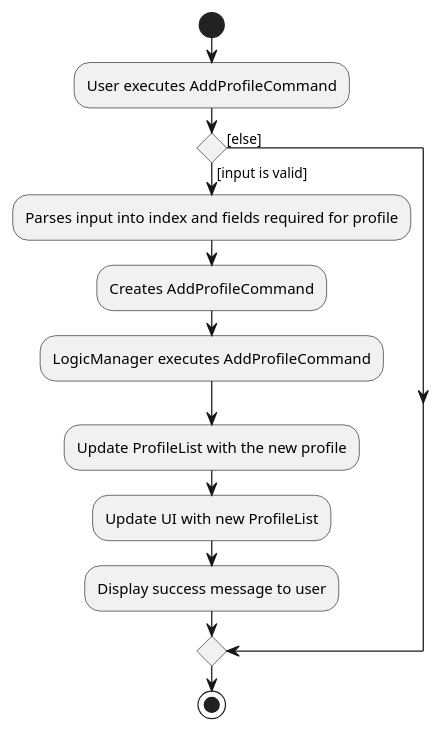
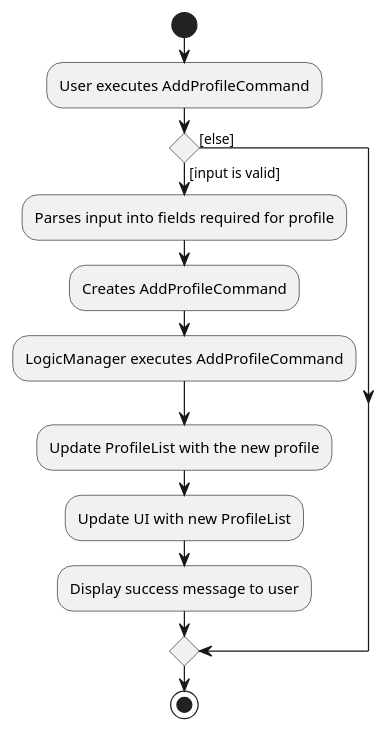
The diagram in docs/diagrams/commands/AddProfileCommandActivityDiagram.puml (nus-cs2103-AY2223S1/tp), drawn with PlantUML before and after one commit. The commit also changed 2 other files, not shown here.

```diff
--- a/docs/diagrams/commands/AddProfileCommandActivityDiagram.puml
+++ b/docs/diagrams/commands/AddProfileCommandActivityDiagram.puml
@@ -1,15 +1,15 @@
 @startuml
 start
 :User executes AddProfileCommand;
 
 if () then ([input is valid])
-    :Parses input into index and fields required for profile;
+    :Parses input into fields required for profile;
     :Creates AddProfileCommand;
     :LogicManager executes AddProfileCommand;
     :Update ProfileList with the new profile;
     :Update UI with new ProfileList;
     :Display success message to user;
 else ([else])
 endif
 stop
 @enduml
```
